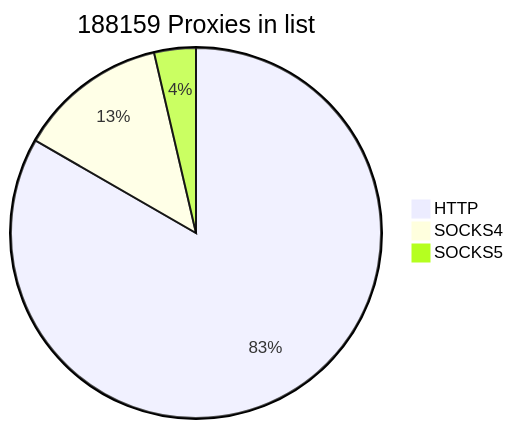
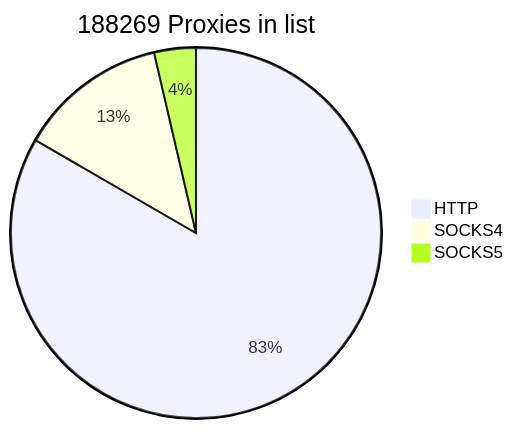
One commit to cutipu/proxylist changed the first of 2 diagrams in README.md. Above: the diagram before and after it, drawn with Mermaid. The commit also changed other lines of this file, not shown here.

````diff
--- a/README.md
+++ b/README.md
@@ -2,7 +2,7 @@
 ```mermaid
-pie title 188159 Proxies in list
-    "HTTP" : 156770
-    "SOCKS4" : 24540
+pie title 188269 Proxies in list
+    "HTTP" : 156914
+    "SOCKS4" : 24506
     "SOCKS5" : 6849
             
 ```
````
